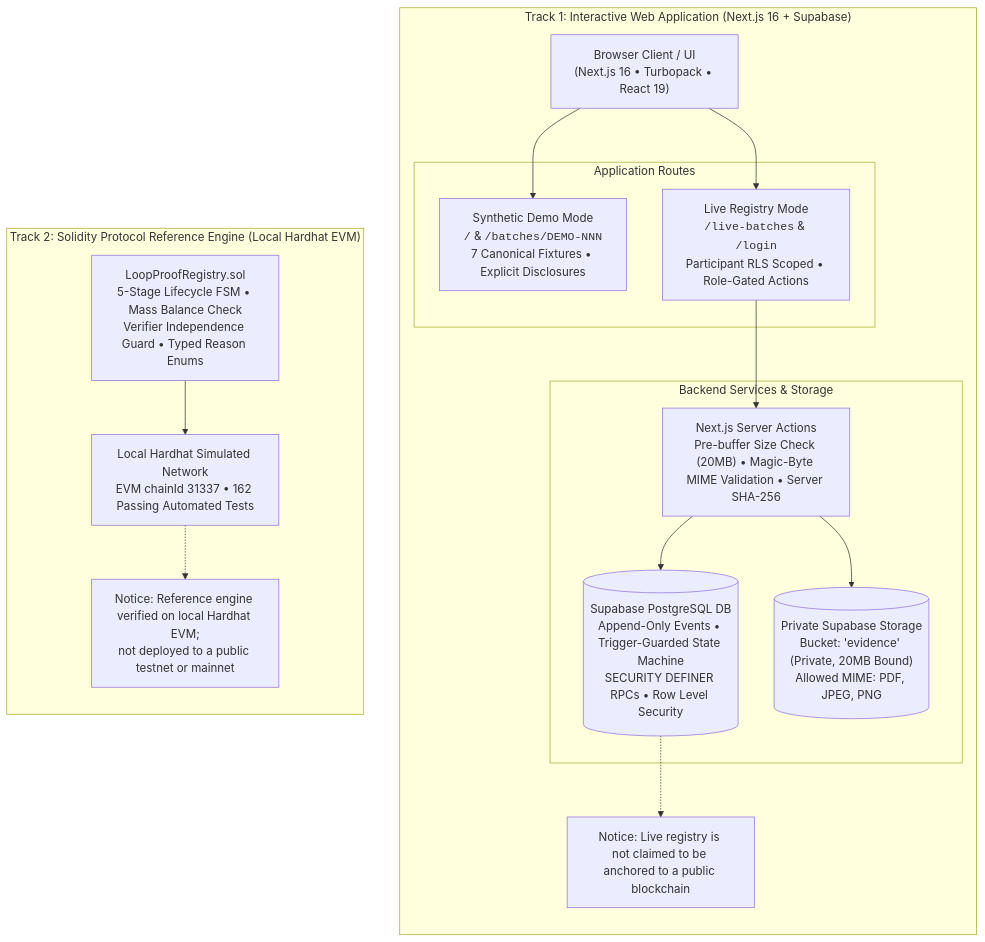
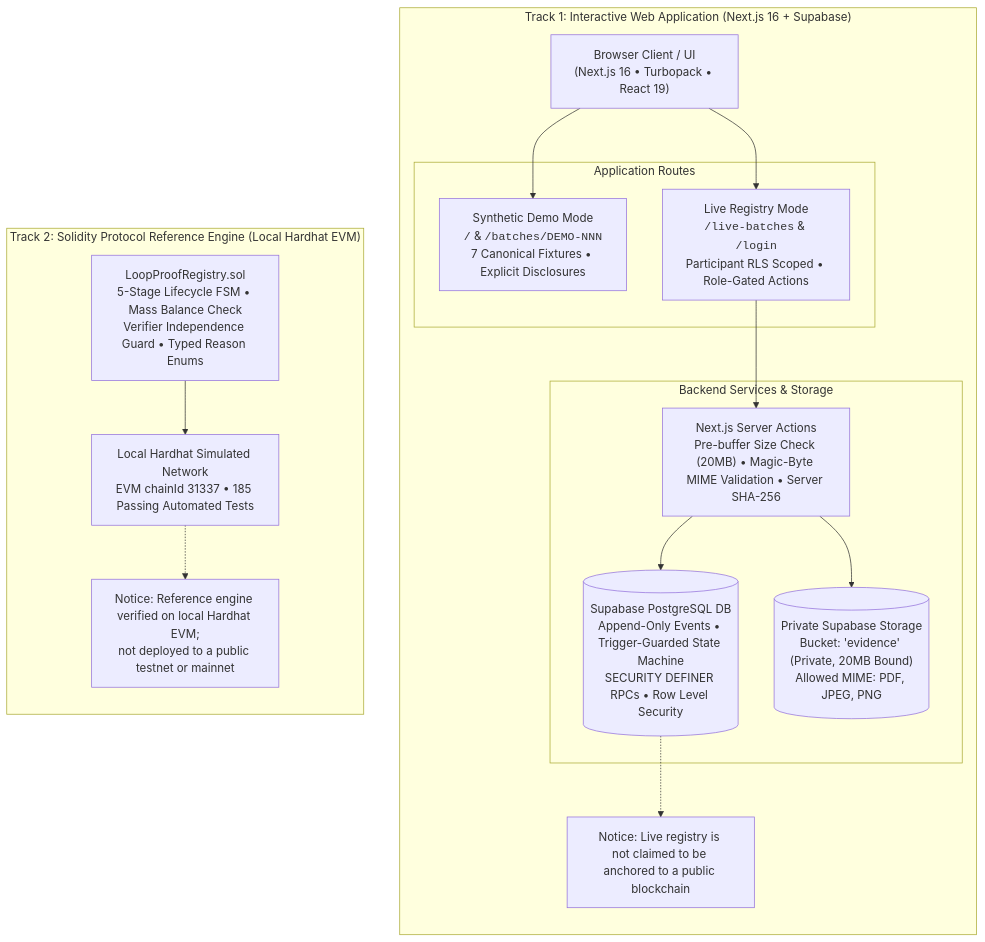
The diagram in README.md (vishu2212/LoopProof), drawn with Mermaid before and after one commit. The commit also changed other lines of this file and 5 other files, not shown here.

````diff
--- a/README.md
+++ b/README.md
@@ -70,39 +70,39 @@
 ```mermaid
 flowchart TD
     subgraph WebTrack["Track 1: Interactive Web Application (Next.js 16 + Supabase)"]
         direction TB
         Client["Browser Client / UI<br>(Next.js 16 • Turbopack • React 19)"]
 
         subgraph Routes["Application Routes"]
             DemoUI["Synthetic Demo Mode<br><code>/</code> & <code>/batches/DEMO-NNN</code><br>7 Canonical Fixtures • Explicit Disclosures"]
             LiveUI["Live Registry Mode<br><code>/live-batches</code> & <code>/login</code><br>Participant RLS Scoped • Role-Gated Actions"]
         end
 
         Client --> DemoUI
         Client --> LiveUI
 
         subgraph BackendServices["Backend Services & Storage"]
             ServerActions["Next.js Server Actions<br>Pre-buffer Size Check (20MB) • Magic-Byte MIME Validation • Server SHA-256"]
             SupabaseDB[("Supabase PostgreSQL DB<br>Append-Only Events • Trigger-Guarded State Machine<br>SECURITY DEFINER RPCs • Row Level Security")]
             SupabaseStorage[("Private Supabase Storage<br>Bucket: 'evidence' (Private, 20MB Bound)<br>Allowed MIME: PDF, JPEG, PNG")]
         end
 
         LiveUI --> ServerActions
         ServerActions --> SupabaseDB
         ServerActions --> SupabaseStorage
 
         note1["Notice: Live registry is not claimed to be anchored to a public blockchain"]
         SupabaseDB -.-> note1
     end
 
     subgraph EVMTrack["Track 2: Solidity Protocol Reference Engine (Local Hardhat EVM)"]
         direction TB
         SolRegistry["LoopProofRegistry.sol<br>5-Stage Lifecycle FSM • Mass Balance Check<br>Verifier Independence Guard • Typed Reason Enums"]
-        HardhatEVM["Local Hardhat Simulated Network<br>EVM chainId 31337 • 162 Passing Automated Tests"]
+        HardhatEVM["Local Hardhat Simulated Network<br>EVM chainId 31337 • 185 Passing Automated Tests"]
 
         SolRegistry --> HardhatEVM
 
         note2["Notice: Reference engine verified on local Hardhat EVM;<br>not deployed to a public testnet or mainnet"]
         HardhatEVM -.-> note2
     end
 ```
````
